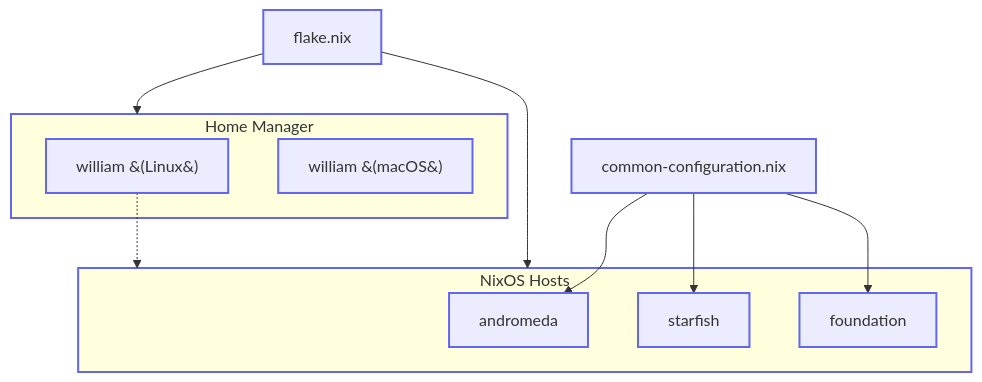
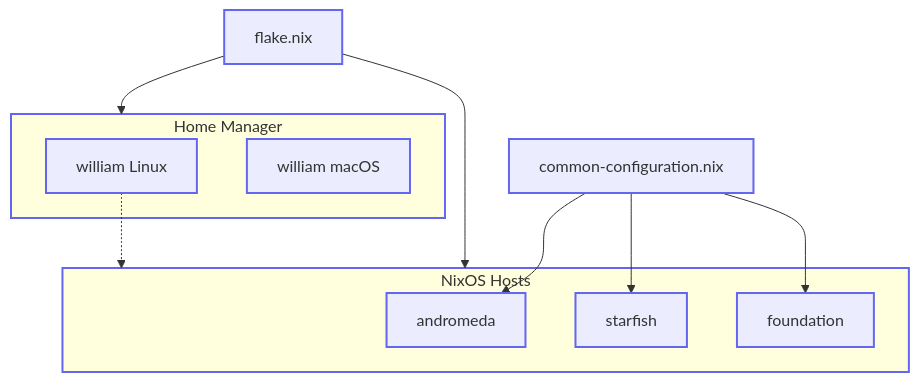
Before and after one commit to willfish/nix: the diagram in docs/diagrams/src/architecture.mmd, drawn with Mermaid. The commit also changed 2 other files, not shown here.

Commit message:
Improve README architecture diagram for reliable GitHub rendering
- Simplify labels to avoid parentheses (william Linux / macOS)
- Remove special characters that cause parsing issues
- Update source .mmd and re-render PNG preview
- Diagram now renders cleanly on GitHub in both light and dark mode

```diff
--- a/docs/diagrams/src/architecture.mmd
+++ b/docs/diagrams/src/architecture.mmd
@@ -1,22 +1,22 @@
 flowchart TD
     FLAKE[flake.nix]
     COMMON[common-configuration.nix]
 
     subgraph HOSTS [NixOS Hosts]
         ANDROMEDA[andromeda]
         STARFISH[starfish]
         FOUNDATION[foundation]
     end
 
     subgraph HM [Home Manager]
-        HM_LINUX["william &#40;Linux&#41;"]
-        HM_DARWIN["william &#40;macOS&#41;"]
+        HM_LINUX[william Linux]
+        HM_DARWIN[william macOS]
     end
 
     FLAKE --> HOSTS
     FLAKE --> HM
     COMMON --> ANDROMEDA & STARFISH & FOUNDATION
     HM_LINUX -.-> HOSTS
 
     classDef box stroke:#6366f1,stroke-width:2px
     class FLAKE,COMMON,HOSTS,HM,ANDROMEDA,STARFISH,FOUNDATION,HM_LINUX,HM_DARWIN box
```
